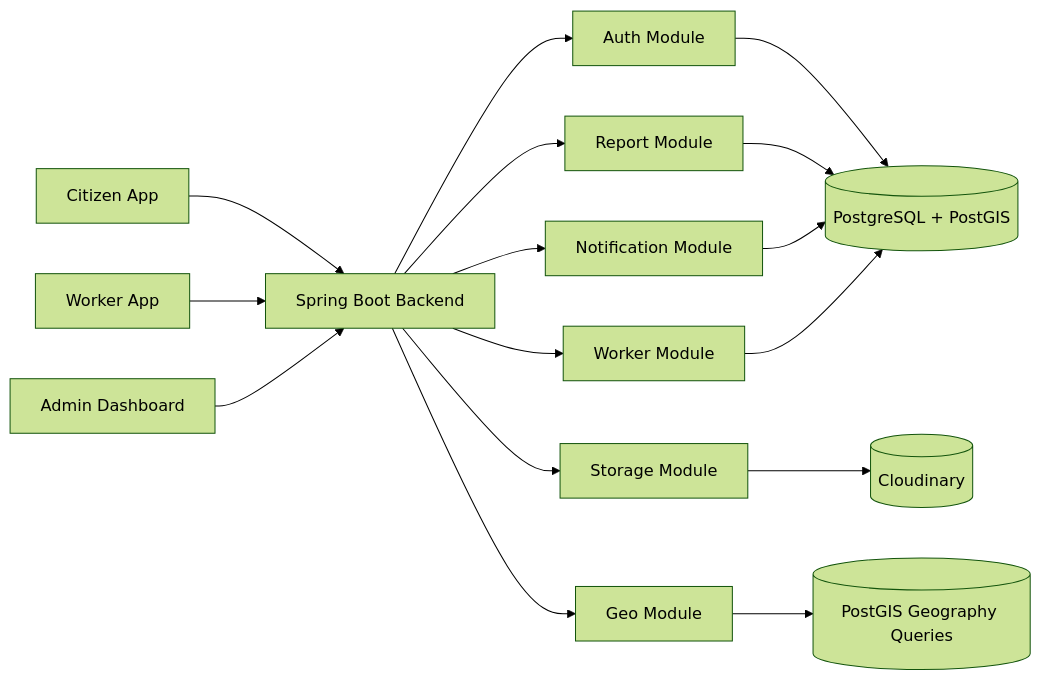
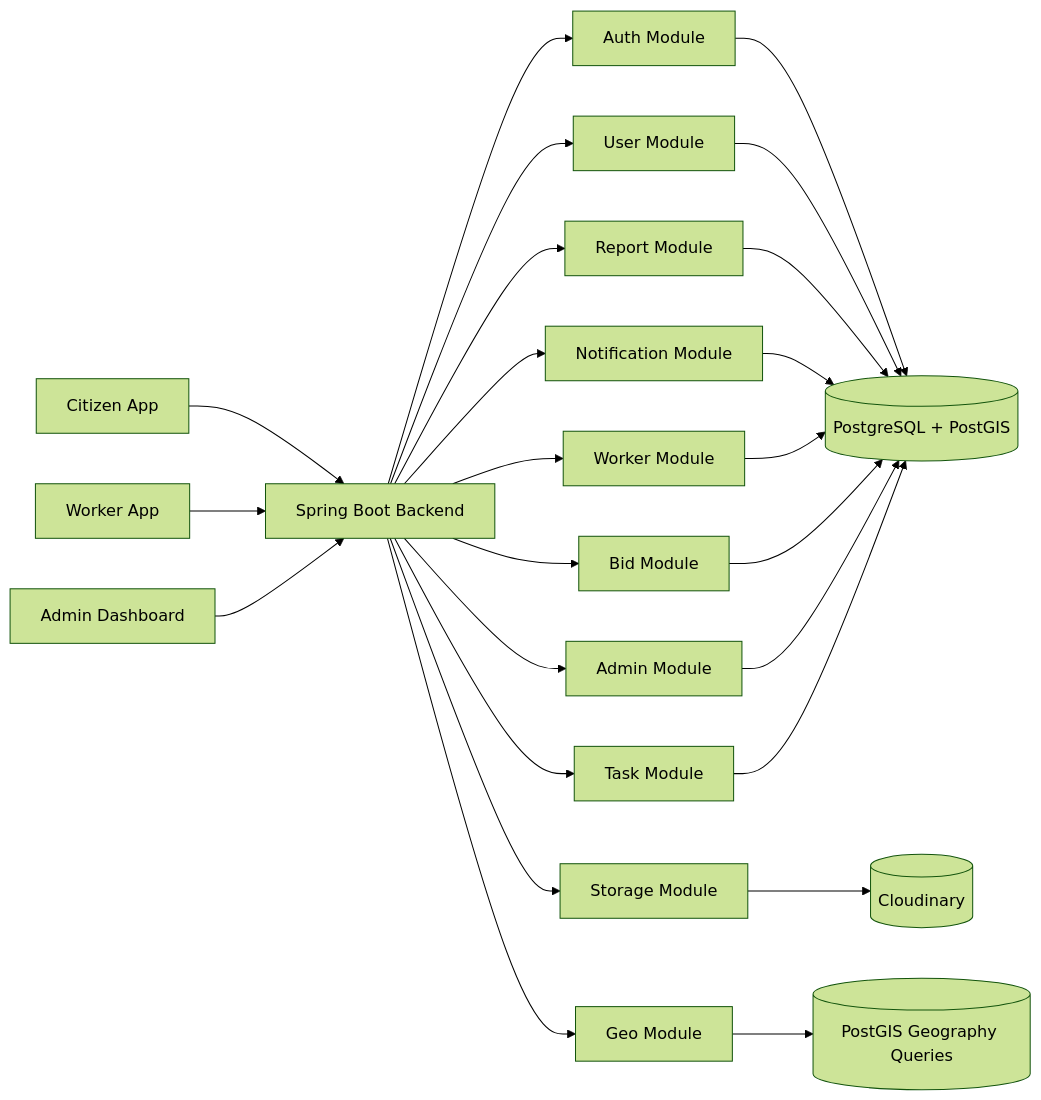
One commit to OmkarDongre7772/SnapFix-Backend changed the first of 10 diagrams in README.md. Above: the diagram before and after it, drawn with Mermaid (forest theme). The commit also changed other lines of this file and 29 other files, not shown here.

````diff
--- a/README.md
+++ b/README.md
@@ -69,29 +81,37 @@
 ```mermaid
 flowchart LR
 
     Citizen[Citizen App]
     Worker[Worker App]
     Admin[Admin Dashboard]
 
     Citizen --> API
     Worker --> API
     Admin --> API
 
     API[Spring Boot Backend]
 
     API --> Auth[Auth Module]
+    API --> User[User Module]
     API --> Report[Report Module]
     API --> Notification[Notification Module]
     API --> WorkerModule[Worker Module]
+    API --> Bid[Bid Module]
+    API --> AdminModule[Admin Module]
+    API --> Task[Task Module]
     API --> Storage[Storage Module]
     API --> Geo[Geo Module]
 
     Auth --> DB[(PostgreSQL + PostGIS)]
+    User --> DB
     Report --> DB
     Notification --> DB
     WorkerModule --> DB
+    Bid --> DB
+    AdminModule --> DB
+    Task --> DB
 
     Storage --> Cloudinary[(Cloudinary)]
 
     Geo --> PostGIS[(PostGIS Geography Queries)]
 ```
````
